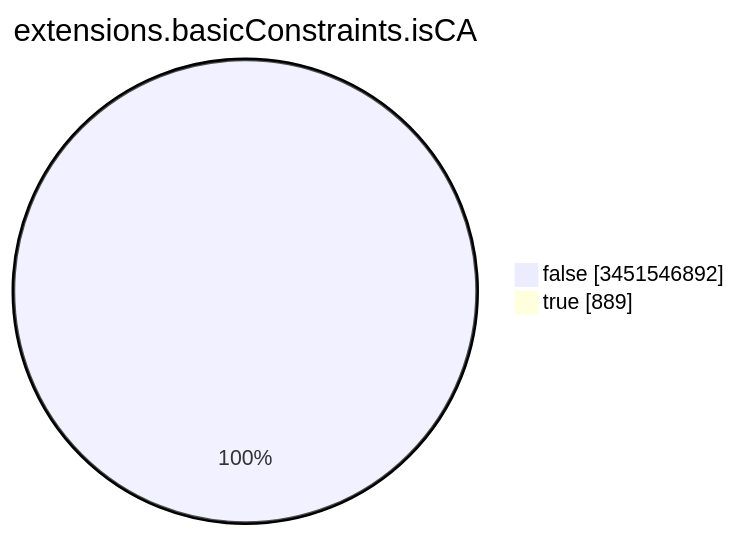
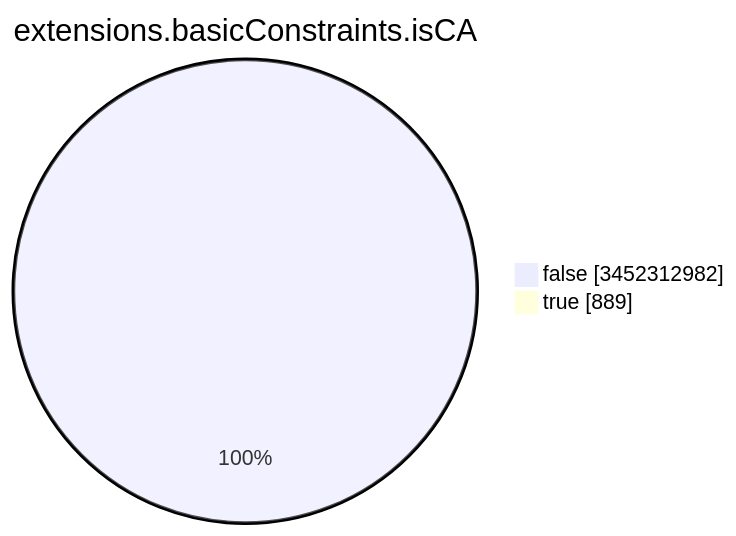
The seventh of 15 diagrams in TOTAL/README.md (christiankrug/ctmonitor_visualization), drawn with Mermaid before and after one commit. The commit also changed other lines of this file, not shown here.

````diff
--- a/TOTAL/README.md
+++ b/TOTAL/README.md
@@ -3092,6 +3092,6 @@
 ```mermaid
 pie showData
 title extensions.basicConstraints.isCA
-"false" :3451546892
+"false" :3452312982
 "true" :889
 ```
````
